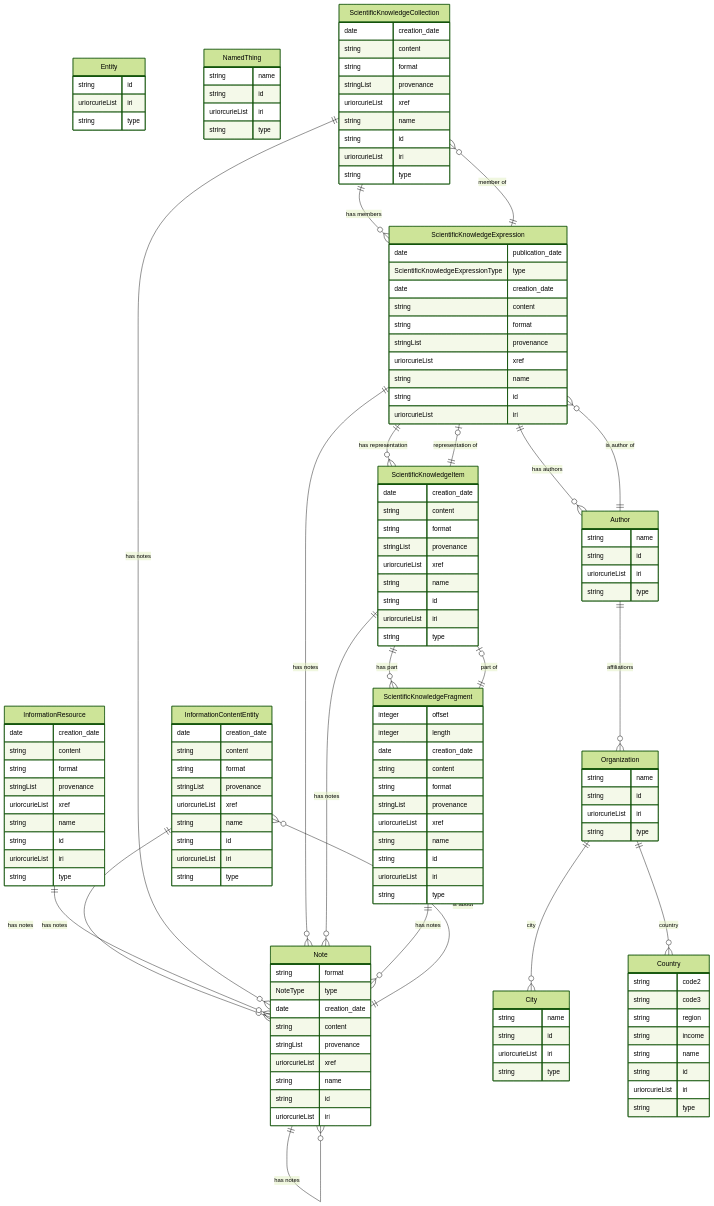
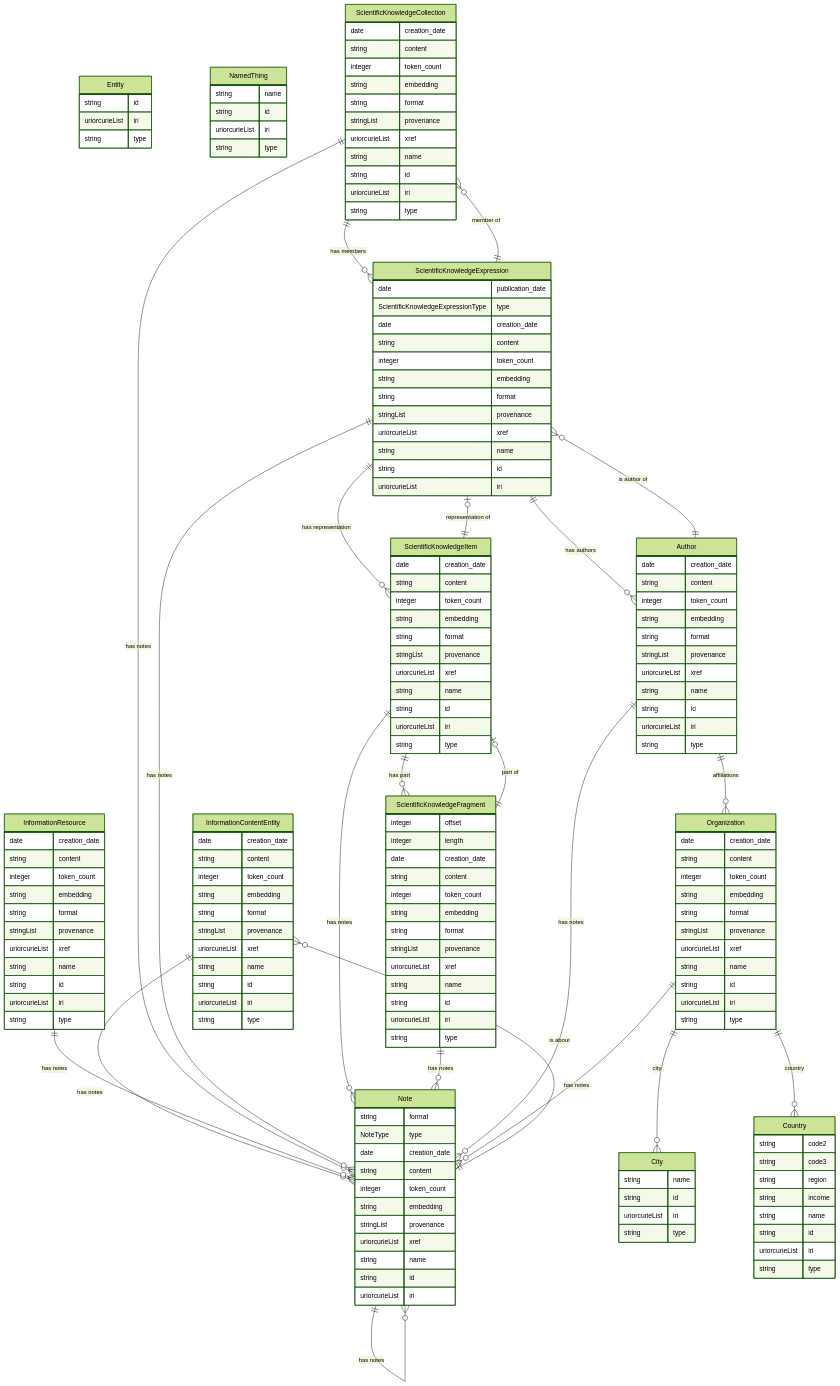
Before and after one commit to chanzuckerberg/alhazen: the diagram in local_resources/linkml/schema.mermaid, drawn with Mermaid (forest theme). The commit also changed 47 other files, not shown here.

```diff
--- a/local_resources/linkml/schema.mermaid
+++ b/local_resources/linkml/schema.mermaid
@@ -1,140 +1,170 @@
 erDiagram
 Entity {
     string id  
     uriorcurieList iri  
     string type  
 }
 NamedThing {
     string name  
     string id  
     uriorcurieList iri  
     string type  
 }
 InformationContentEntity {
     date creation_date  
     string content  
+    integer token_count  
+    string embedding  
     string format  
     stringList provenance  
     uriorcurieList xref  
     string name  
     string id  
     uriorcurieList iri  
     string type  
 }
 InformationResource {
     date creation_date  
     string content  
+    integer token_count  
+    string embedding  
     string format  
     stringList provenance  
     uriorcurieList xref  
     string name  
     string id  
     uriorcurieList iri  
     string type  
 }
 ScientificKnowledgeCollection {
     date creation_date  
     string content  
+    integer token_count  
+    string embedding  
     string format  
     stringList provenance  
     uriorcurieList xref  
     string name  
     string id  
     uriorcurieList iri  
     string type  
 }
 ScientificKnowledgeExpression {
     date publication_date  
     ScientificKnowledgeExpressionType type  
     date creation_date  
     string content  
+    integer token_count  
+    string embedding  
     string format  
     stringList provenance  
     uriorcurieList xref  
     string name  
     string id  
     uriorcurieList iri  
 }
 ScientificKnowledgeItem {
     date creation_date  
     string content  
+    integer token_count  
+    string embedding  
     string format  
     stringList provenance  
     uriorcurieList xref  
     string name  
     string id  
     uriorcurieList iri  
     string type  
 }
 ScientificKnowledgeFragment {
     integer offset  
     integer length  
     date creation_date  
     string content  
+    integer token_count  
+    string embedding  
     string format  
     stringList provenance  
     uriorcurieList xref  
     string name  
     string id  
     uriorcurieList iri  
     string type  
 }
 Note {
     string format  
     NoteType type  
     date creation_date  
     string content  
+    integer token_count  
+    string embedding  
     stringList provenance  
     uriorcurieList xref  
     string name  
     string id  
     uriorcurieList iri  
 }
 Author {
+    date creation_date  
+    string content  
+    integer token_count  
+    string embedding  
+    string format  
+    stringList provenance  
+    uriorcurieList xref  
     string name  
     string id  
     uriorcurieList iri  
     string type  
 }
 Organization {
+    date creation_date  
+    string content  
+    integer token_count  
+    string embedding  
+    string format  
+    stringList provenance  
+    uriorcurieList xref  
     string name  
     string id  
     uriorcurieList iri  
     string type  
 }
 City {
     string name  
     string id  
     uriorcurieList iri  
     string type  
 }
 Country {
     string code2  
     string code3  
     string region  
     string income  
     string name  
     string id  
     uriorcurieList iri  
     string type  
 }
 
 InformationContentEntity ||--}o Note : "has notes"
 InformationResource ||--}o Note : "has notes"
 ScientificKnowledgeCollection ||--}o ScientificKnowledgeExpression : "has members"
 ScientificKnowledgeCollection ||--}o Note : "has notes"
 ScientificKnowledgeExpression ||--}o ScientificKnowledgeItem : "has representation"
 ScientificKnowledgeExpression ||--}o ScientificKnowledgeCollection : "member of"
 ScientificKnowledgeExpression ||--}o Author : "has authors"
 ScientificKnowledgeExpression ||--}o Note : "has notes"
 ScientificKnowledgeItem ||--|o ScientificKnowledgeExpression : "representation of"
 ScientificKnowledgeItem ||--}o ScientificKnowledgeFragment : "has part"
 ScientificKnowledgeItem ||--}o Note : "has notes"
 ScientificKnowledgeFragment ||--|o ScientificKnowledgeItem : "part of"
 ScientificKnowledgeFragment ||--}o Note : "has notes"
 Note ||--}o InformationContentEntity : "is about"
 Note ||--}o Note : "has notes"
 Author ||--}o Organization : "affiliations"
 Author ||--}o ScientificKnowledgeExpression : "is author of"
+Author ||--}o Note : "has notes"
 Organization ||--}o City : "city"
 Organization ||--}o Country : "country"
+Organization ||--}o Note : "has notes"
```
